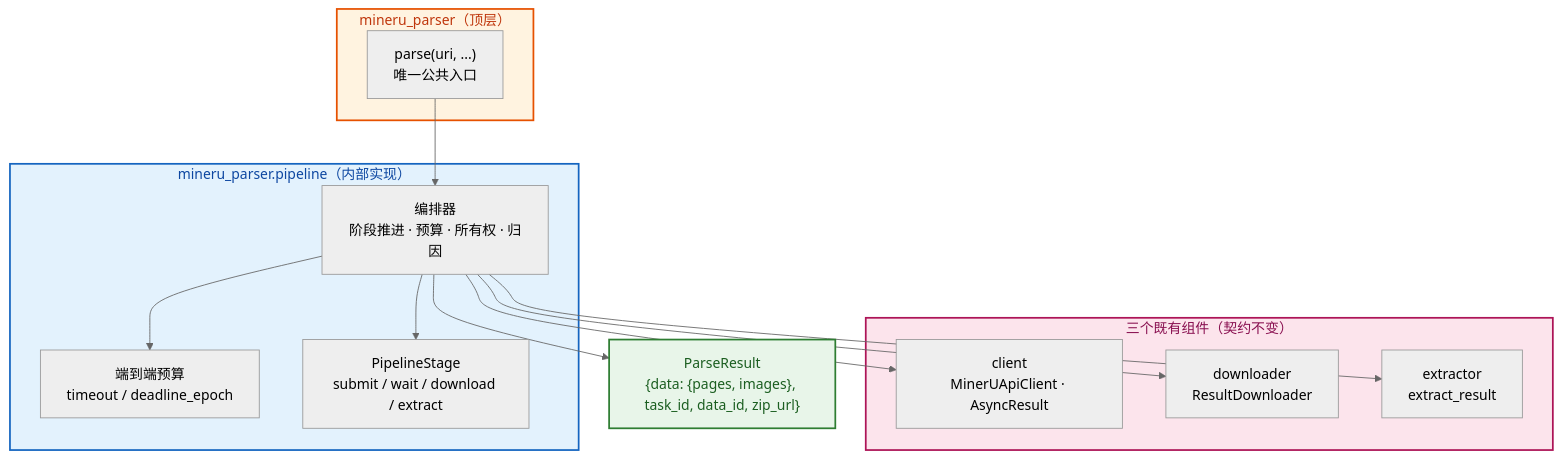
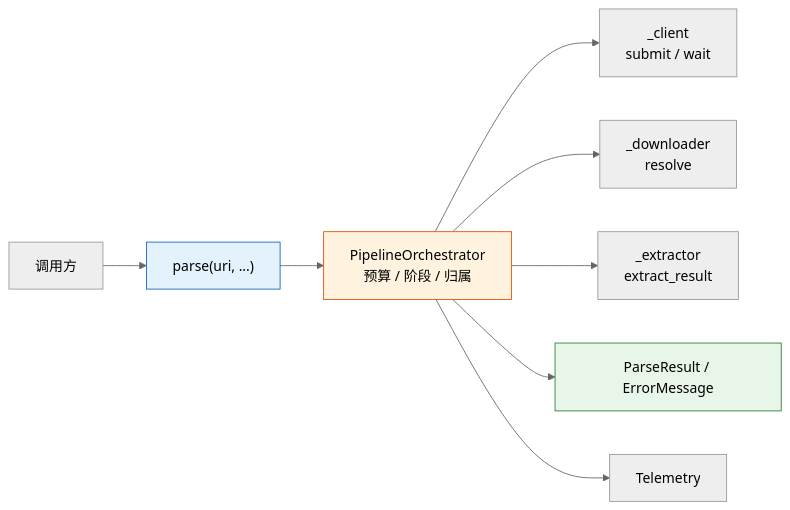
One commit to dream-365/mineru-parser changed the second of 3 diagrams in docs/specs/SPEC-004-pipeline/spec.md. Above: the diagram before and after it, drawn with Mermaid (neutral theme). The commit also changed other lines of this file and 3 other files, not shown here.

````diff
--- a/docs/specs/SPEC-004-pipeline/spec.md
+++ b/docs/specs/SPEC-004-pipeline/spec.md
@@ -354,33 +121,14 @@
 ```mermaid
-flowchart TB
-    subgraph FACADE["mineru_parser（顶层）"]
-        PARSE["parse(uri, ...)<br/>唯一公共入口"]
-    end
+flowchart LR
+    CALLER["调用方"] --> PARSE["parse(uri, ...)"]
+    PARSE --> ORCH["PipelineOrchestrator<br/>预算 / 阶段 / 归属"]
+    ORCH --> CLIENT["_client<br/>submit / wait"]
+    ORCH --> DL["_downloader<br/>resolve"]
+    ORCH --> EX["_extractor<br/>extract_result"]
+    ORCH --> ENV["ParseResult / ErrorMessage"]
+    ORCH --> TEL["Telemetry"]
 
-    subgraph LIB["mineru_parser.pipeline（内部实现）"]
-        ORCH["编排器<br/>阶段推进 · 预算 · 所有权 · 归因"]
-        BUDGET["端到端预算<br/>timeout / deadline_epoch"]
-        STAGE["PipelineStage<br/>submit / wait / download / extract"]
-    end
-
-    subgraph COMPONENTS["三个既有组件（契约不变）"]
-        CLI["client<br/>MinerUApiClient · AsyncResult"]
-        DL["downloader<br/>ResultDownloader"]
-        EX["extractor<br/>extract_result"]
-    end
-
-    OUT["ParseResult<br/>{data: {pages, images}, task_id, data_id, zip_url}"]
-
-    PARSE --> ORCH
-    ORCH --> BUDGET
-    ORCH --> STAGE
-    ORCH --> CLI
-    ORCH --> DL
-    ORCH --> EX
-    ORCH --> OUT
-
-    style FACADE fill:#fff3e0,stroke:#e65100,stroke-width:2px,color:#bf360c
-    style LIB fill:#e3f2fd,stroke:#1565c0,stroke-width:2px,color:#0d47a1
-    style COMPONENTS fill:#fce4ec,stroke:#ad1457,stroke-width:2px,color:#880e4f
-    style OUT fill:#e8f5e9,stroke:#2e7d32,stroke-width:2px,color:#1b5e20
+    style PARSE fill:#e3f2fd,stroke:#1565c0,stroke-width:1px
+    style ORCH fill:#fff3e0,stroke:#e65100,stroke-width:1px
+    style ENV fill:#e8f5e9,stroke:#2e7d32,stroke-width:1px
 ```
````
